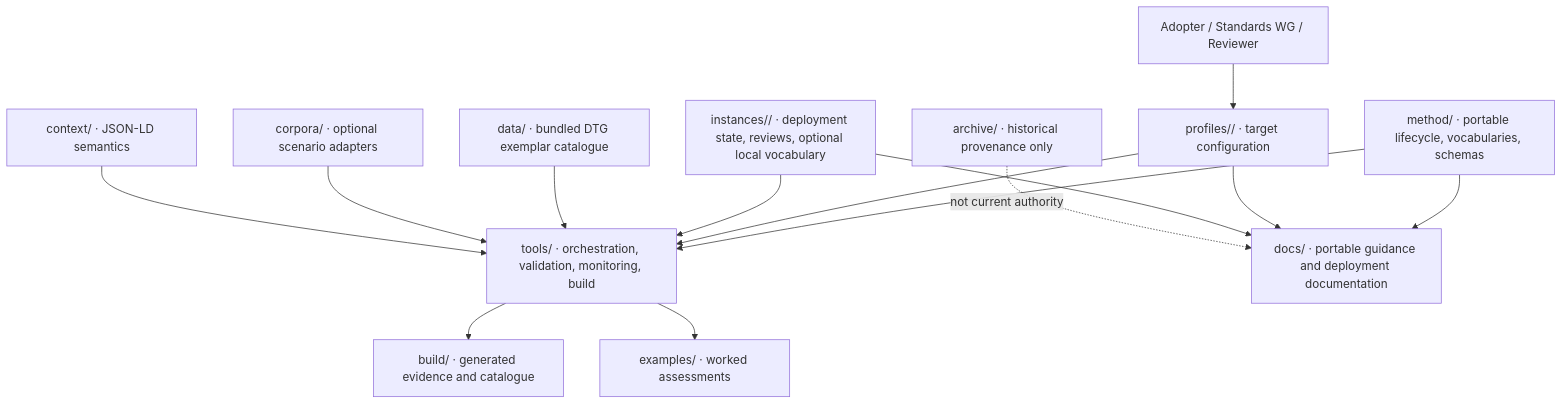
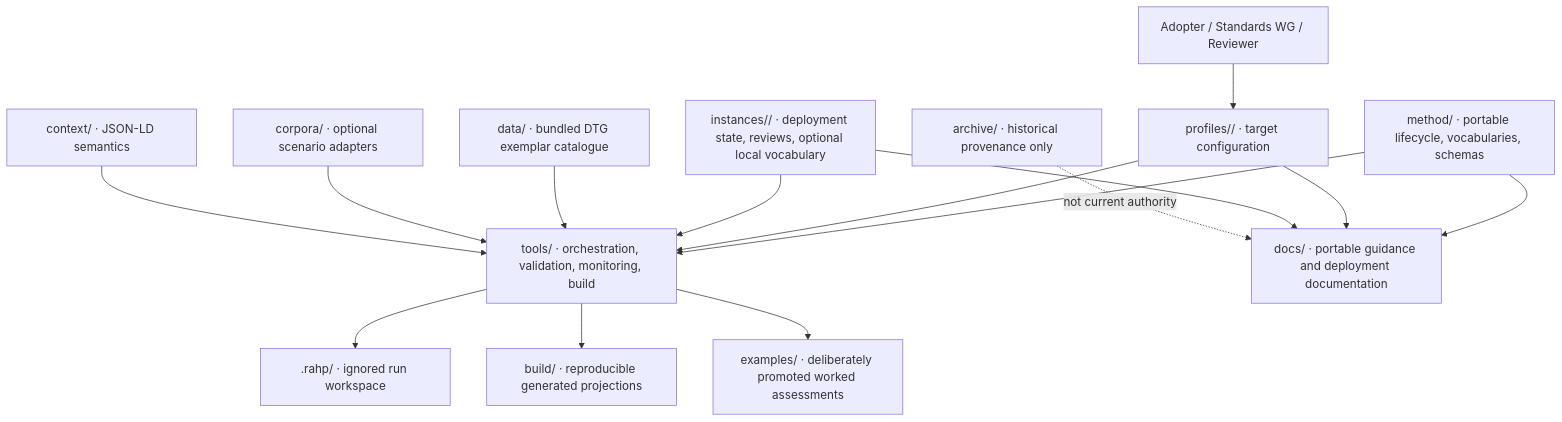
One commit to sankarshanmukhopadhyay/dtgwg-rahp-tf changed the diagram in docs/diagrams/repository-map.md. Above: the diagram before and after it, drawn with Mermaid. The commit also changed other lines of this file and 127 other files, not shown here.

````diff
--- a/docs/diagrams/repository-map.md
+++ b/docs/diagrams/repository-map.md
@@ -3,16 +3,17 @@
 ```mermaid
 flowchart TB
   U[Adopter / Standards WG / Reviewer] --> P[profiles/<id>/ · target configuration]
   M[method/ · portable lifecycle, vocabularies, schemas] --> T[tools/ · orchestration, validation, monitoring, build]
   P --> T
   I[instances/<id>/ · deployment state, reviews, optional local vocabulary] --> T
   D[data/ · bundled DTG exemplar catalogue] --> T
   C[corpora/ · optional scenario adapters] --> T
   X[context/ · JSON-LD semantics] --> T
-  T --> B[build/ · generated evidence and catalogue]
-  T --> E[examples/ · worked assessments]
+  T --> W[.rahp/ · ignored run workspace]
+  T --> B[build/ · reproducible generated projections]
+  T --> E[examples/ · deliberately promoted worked assessments]
   M --> DOC[docs/ · portable guidance and deployment documentation]
   P --> DOC
   I --> DOC
   A[archive/ · historical provenance only] -. not current authority .-> DOC
 ```
````
